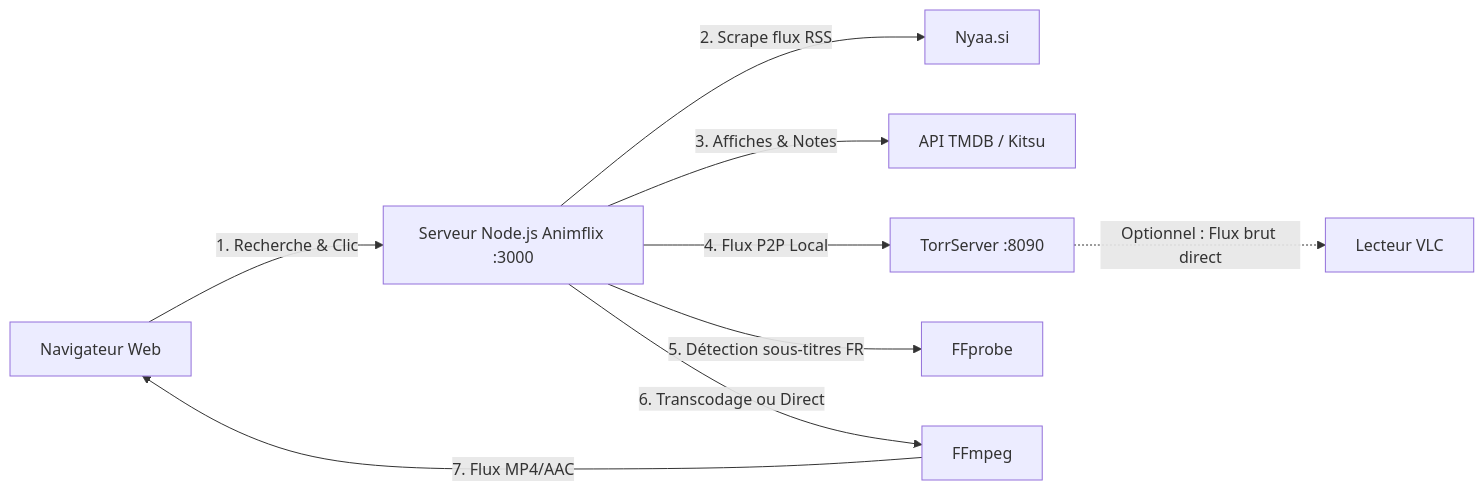
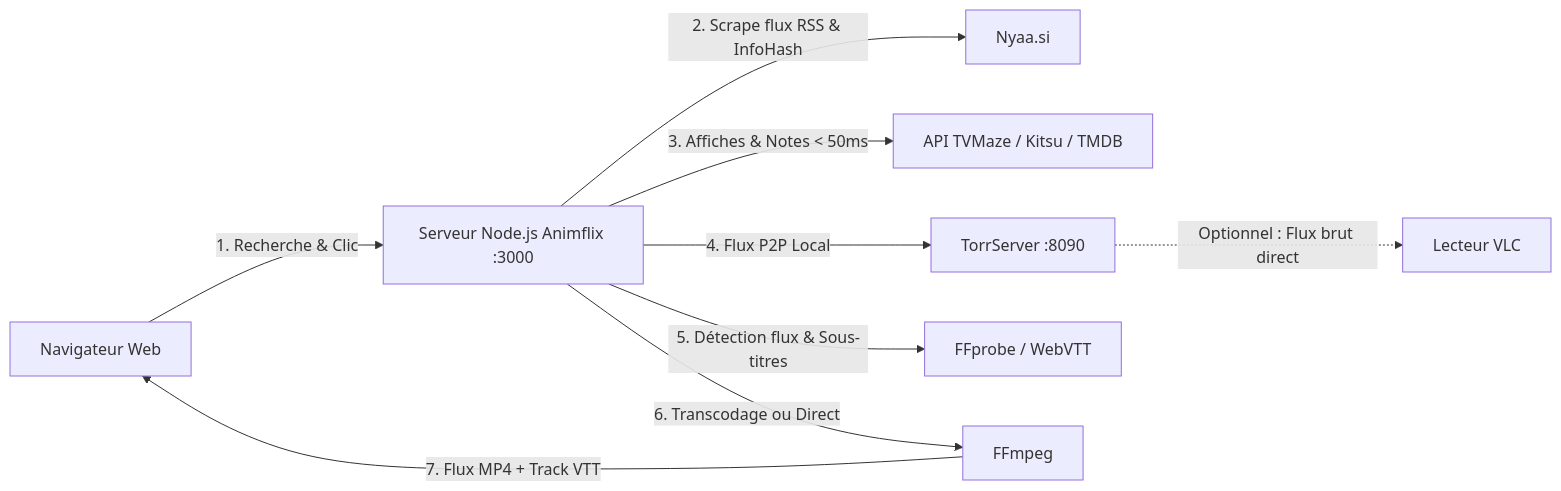
The diagram in README.md (KaitaoSup/animflix), drawn with Mermaid before and after one commit. The commit also changed other lines of this file and 2 other files, not shown here.

````diff
--- a/README.md
+++ b/README.md
@@ -43,11 +45,11 @@
 ```mermaid
 flowchart LR
     A[Navigateur Web] -->|1. Recherche & Clic| B[Serveur Node.js Animflix :3000]
-    B -->|2. Scrape flux RSS| C[Nyaa.si]
-    B -->|3. Affiches & Notes| D[API TMDB / Kitsu]
+    B -->|2. Scrape flux RSS & InfoHash| C[Nyaa.si]
+    B -->|3. Affiches & Notes < 50ms| D[API TVMaze / Kitsu / TMDB]
     B -->|4. Flux P2P Local| E[TorrServer :8090]
-    B -->|5. Détection sous-titres FR| F[FFprobe]
+    B -->|5. Détection flux & Sous-titres| F[FFprobe / WebVTT]
     B -->|6. Transcodage ou Direct| G[FFmpeg]
-    G -->|7. Flux MP4/AAC| A
+    G -->|7. Flux MP4 + Track VTT| A
     E -.->|Optionnel : Flux brut direct| H[Lecteur VLC]
 ```
````
